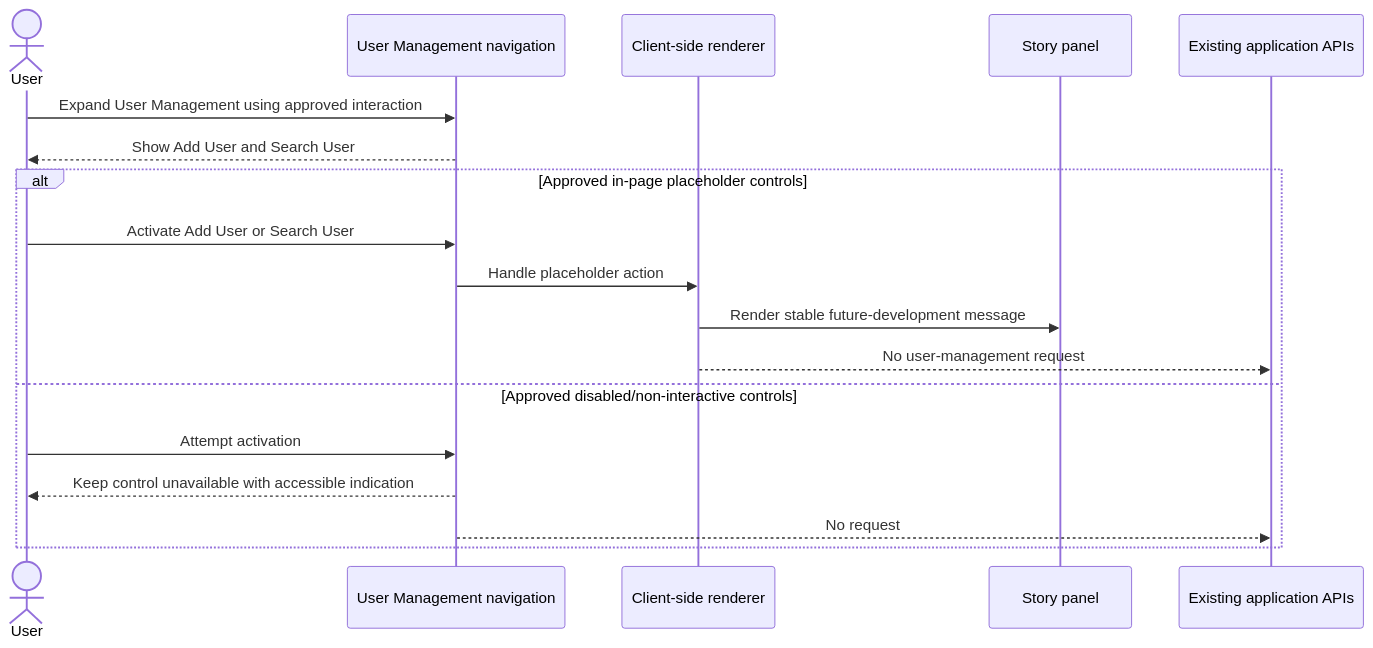
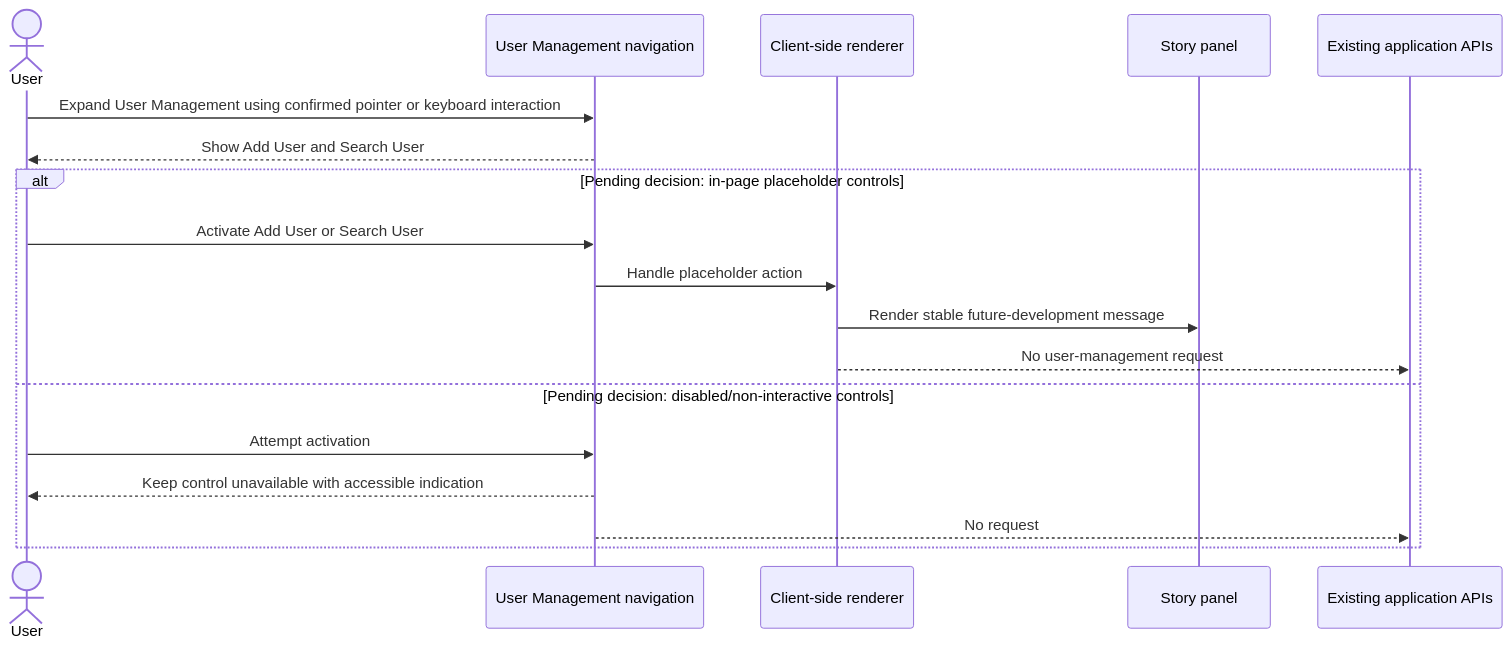
One commit to dpjadhav10-DJ/Copilot-Capstone changed the second of 2 diagrams in UserStories/US-007/US-007-SystemArchitecture.md. Above: the diagram before and after it, drawn with Mermaid. The commit also changed other lines of this file and 7 other files, not shown here.

Commit message:
Added MCP Server Config and Fixed Toggle Issue of User Management

````diff
--- a/UserStories/US-007/US-007-SystemArchitecture.md
+++ b/UserStories/US-007/US-007-SystemArchitecture.md
@@ -112,21 +115,21 @@
 ```mermaid
 sequenceDiagram
     actor User
     participant Nav as User Management navigation
     participant UI as Client-side renderer
     participant Panel as Story panel
     participant API as Existing application APIs
 
-    User->>Nav: Expand User Management using approved interaction
+    User->>Nav: Expand User Management using confirmed pointer or keyboard interaction
     Nav-->>User: Show Add User and Search User
-    alt Approved in-page placeholder controls
+    alt Pending decision: in-page placeholder controls
         User->>Nav: Activate Add User or Search User
         Nav->>UI: Handle placeholder action
         UI->>Panel: Render stable future-development message
         UI-->>API: No user-management request
-    else Approved disabled/non-interactive controls
+    else Pending decision: disabled/non-interactive controls
         User->>Nav: Attempt activation
         Nav-->>User: Keep control unavailable with accessible indication
         Nav-->>API: No request
     end
 ```
````
